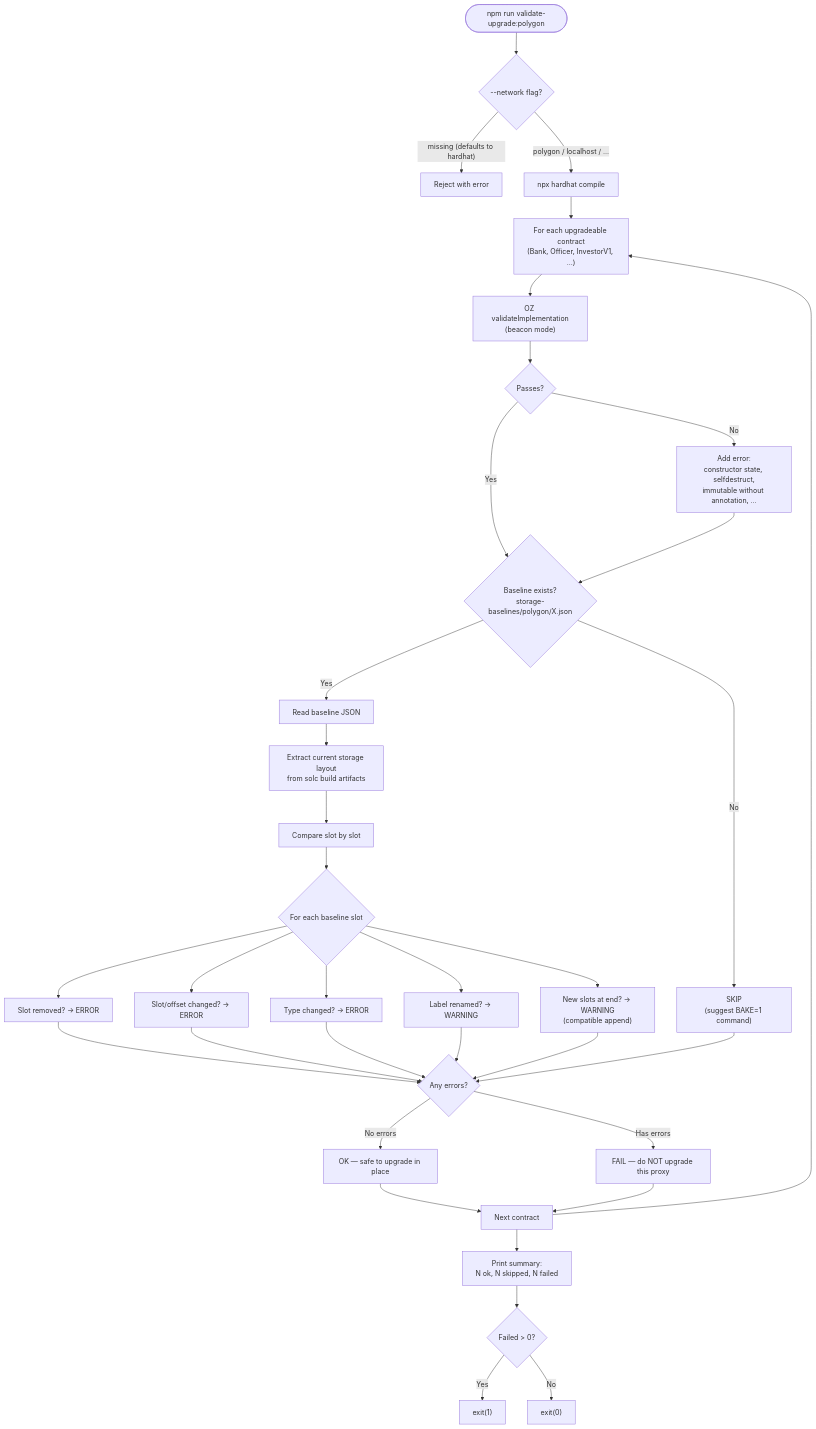
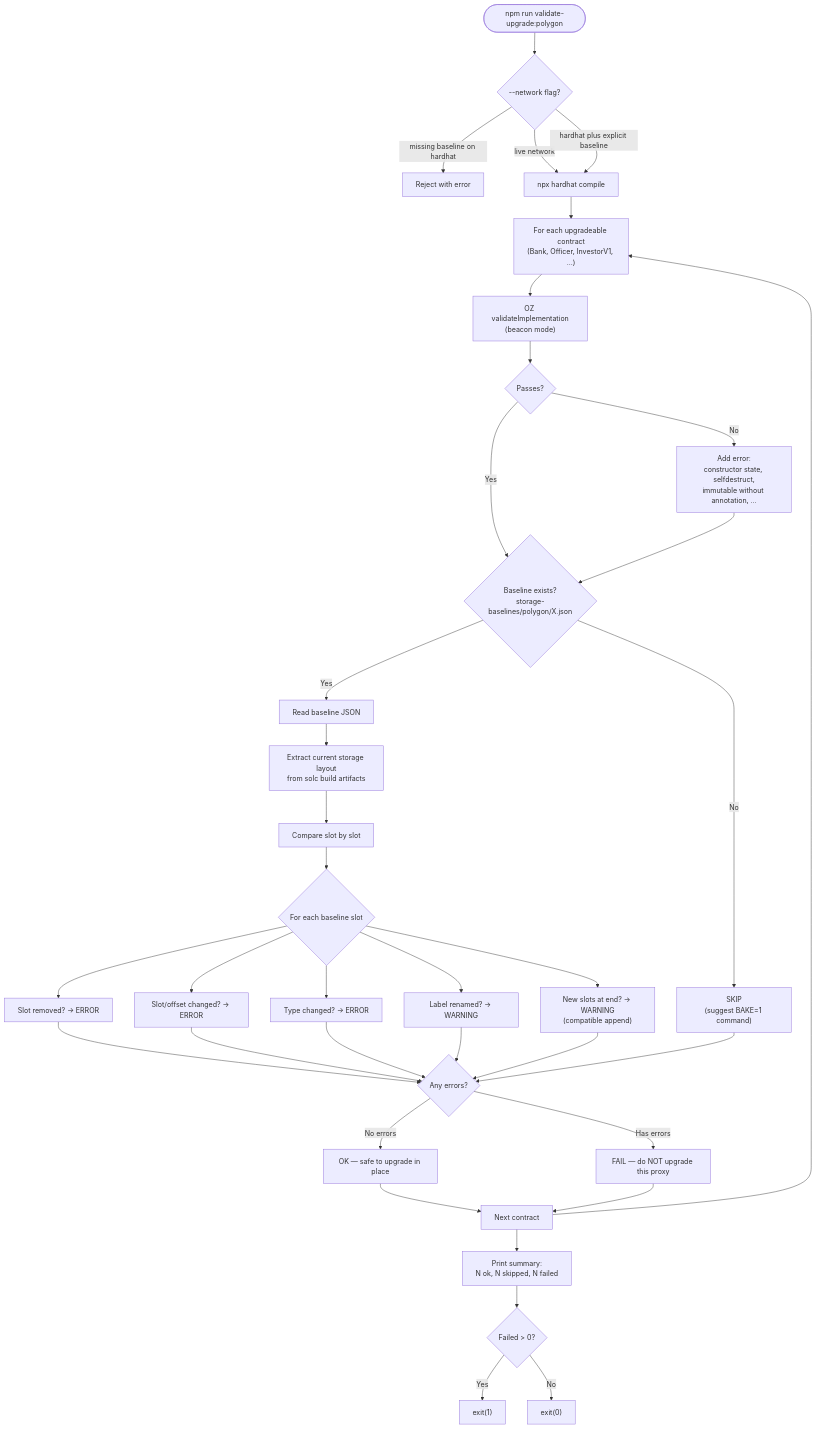
One commit to globe-and-citizen/cnc-portal changed the first of 3 diagrams in contract/scripts/README.md. Above: the diagram before and after it, drawn with Mermaid. The commit also changed other lines of this file and 6 other files, not shown here.

````diff
--- a/contract/scripts/README.md
+++ b/contract/scripts/README.md
@@ -7,48 +7,49 @@
 ```mermaid
 flowchart TD
     Start([npm run validate-upgrade:polygon]) --> ResolveNet{--network flag?}
-    ResolveNet -- "missing (defaults to hardhat)" --> Reject[Reject with error]
-    ResolveNet -- "polygon / localhost / ..." --> Compile[npx hardhat compile]
+    ResolveNet -- "missing baseline on hardhat" --> Reject[Reject with error]
+    ResolveNet -- "live network" --> Compile[npx hardhat compile]
+    ResolveNet -- "hardhat plus explicit baseline" --> Compile
 
     Compile --> Loop["For each upgradeable contract<br/>(Bank, Officer, InvestorV1, ...)"]
 
     Loop --> OZ["OZ validateImplementation<br/>(beacon mode)"]
     OZ --> OZPass{Passes?}
     OZPass -- No --> AddError["Add error:<br/>constructor state, selfdestruct,<br/>immutable without annotation, ..."]
     OZPass -- Yes --> CheckBaseline
 
     AddError --> CheckBaseline{Baseline exists?<br/>storage-baselines/polygon/X.json}
 
     CheckBaseline -- No --> Skip["SKIP<br/>(suggest BAKE=1 command)"]
     CheckBaseline -- Yes --> ReadBaseline["Read baseline JSON"]
 
     ReadBaseline --> GetLayout["Extract current storage layout<br/>from solc build artifacts"]
     GetLayout --> Compare["Compare slot by slot"]
 
     Compare --> SlotCheck{For each baseline slot}
     SlotCheck --> Removed["Slot removed? → ERROR"]
     SlotCheck --> Moved["Slot/offset changed? → ERROR"]
     SlotCheck --> TypeChanged["Type changed? → ERROR"]
     SlotCheck --> Renamed["Label renamed? → WARNING"]
     SlotCheck --> Appended["New slots at end? → WARNING<br/>(compatible append)"]
 
     Removed --> Result
     Moved --> Result
     TypeChanged --> Result
     Renamed --> Result
     Appended --> Result
     Skip --> Result
 
     Result{Any errors?}
     Result -- "No errors" --> OK["OK — safe to upgrade in place"]
     Result -- "Has errors" --> FAIL["FAIL — do NOT upgrade this proxy"]
 
     OK --> Next["Next contract"]
     FAIL --> Next
     Next --> Loop
 
     Next --> Summary["Print summary:<br/>N ok, N skipped, N failed"]
     Summary --> Exit{Failed > 0?}
     Exit -- Yes --> ExitCode1["exit(1)"]
     Exit -- No --> ExitCode0["exit(0)"]
 ```
````
